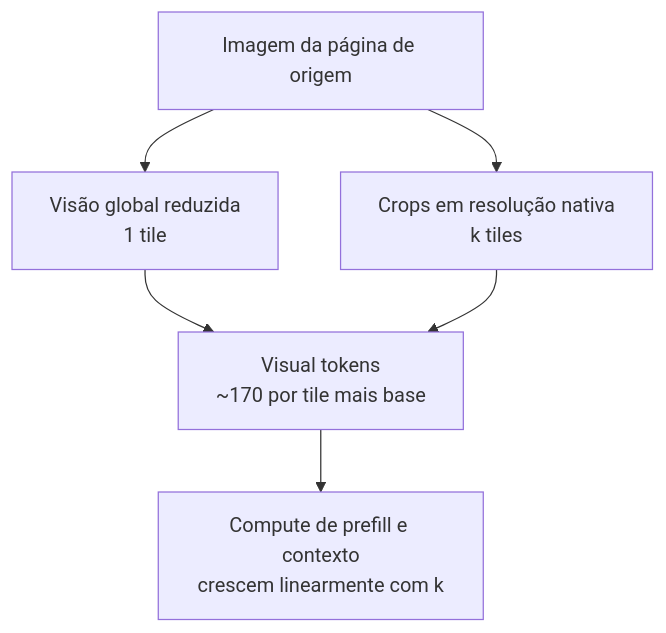
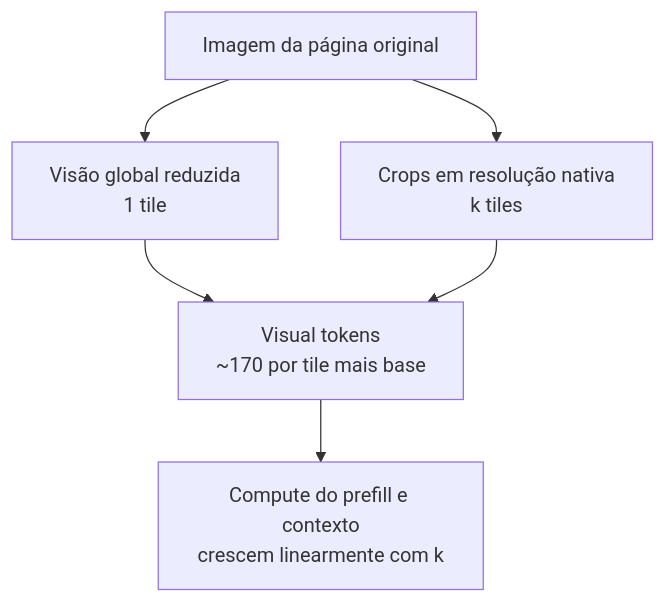
Before and after one commit to andrevberaldo/AI-Engineer-Interview-Questions: the third of 21 diagrams in 10-multimodal/questions.pt-BR.md, drawn with Mermaid. The commit also changed other lines of this file and 1 other file, not shown here.

````diff
--- a/10-multimodal/questions.pt-BR.md
+++ b/10-multimodal/questions.pt-BR.md
@@ -80,8 +80,8 @@
 ```mermaid
 flowchart TD
-    A["Imagem da página de origem"] --> B["Visão global reduzida<br/>1 tile"]
+    A["Imagem da página original"] --> B["Visão global reduzida<br/>1 tile"]
     A --> C["Crops em resolução nativa<br/>k tiles"]
     B --> D["Visual tokens<br/>~170 por tile mais base"]
     C --> D
-    D --> E["Compute de prefill e contexto<br/>crescem linearmente com k"]
+    D --> E["Compute do prefill e contexto<br/>crescem linearmente com k"]
 ```
````
